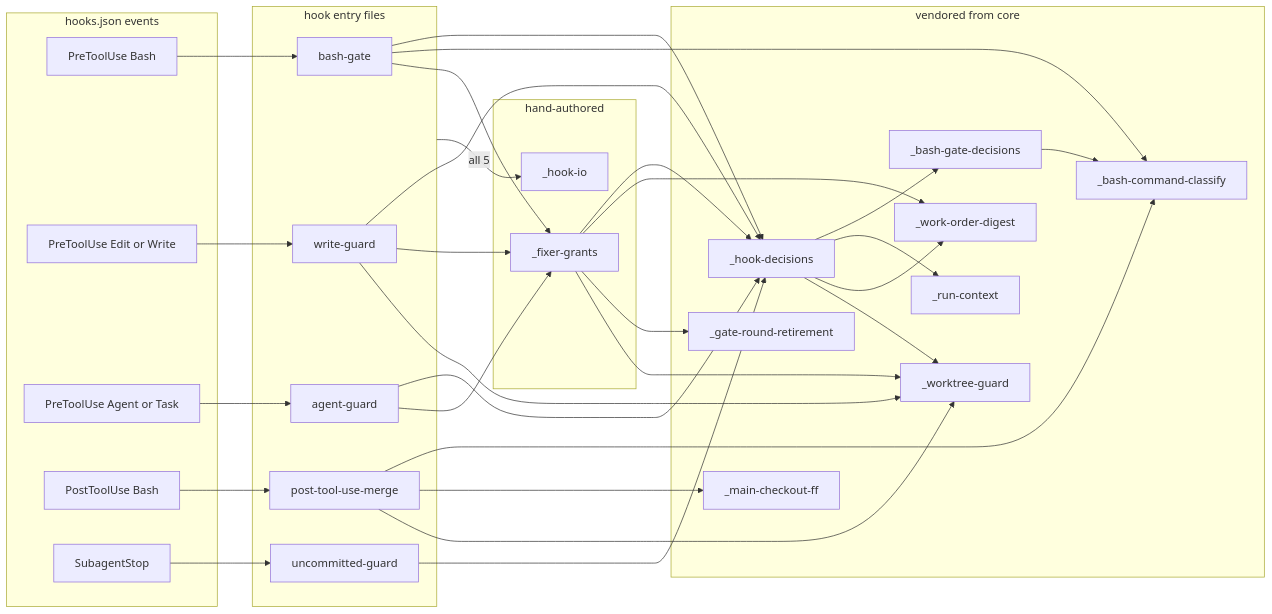
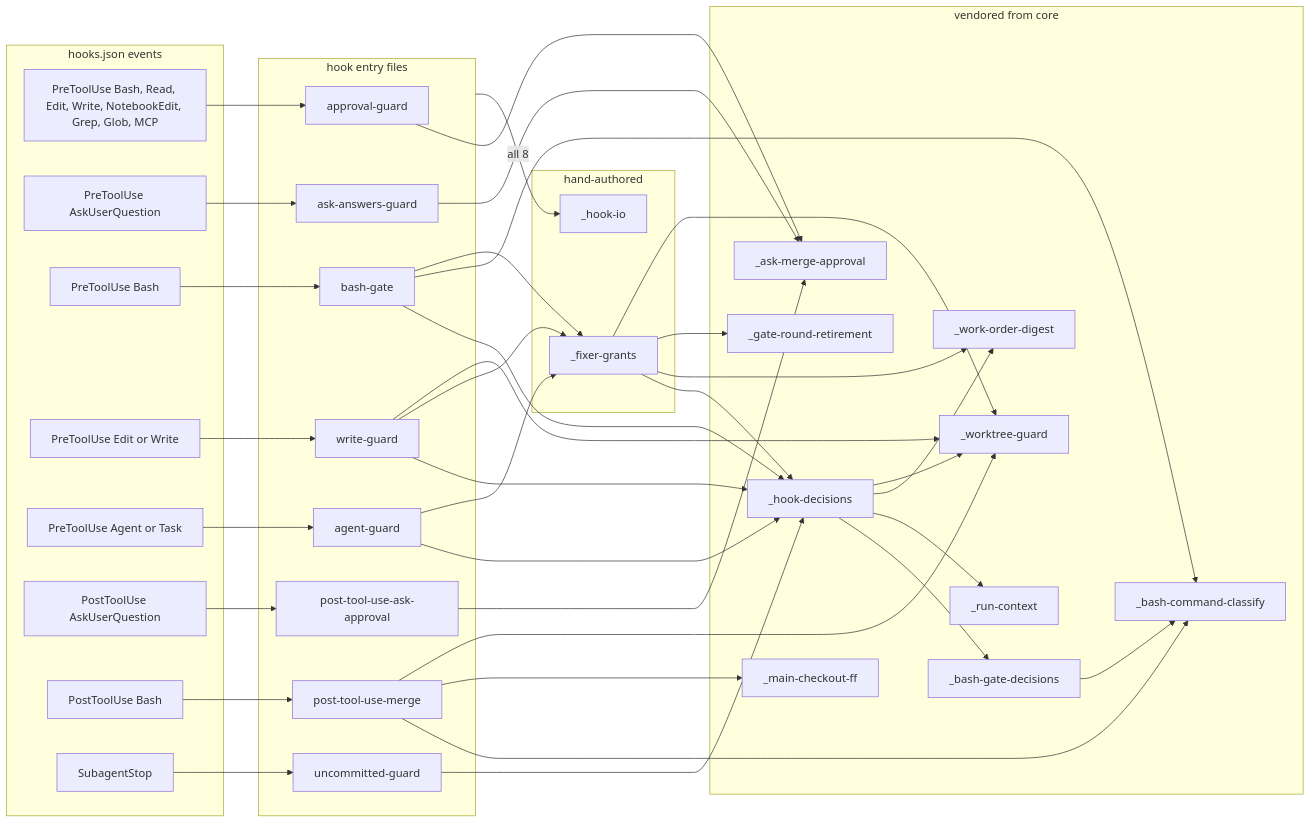
Diagram 14 of 14 in docs/atlas/01-system-context.md (mfittko/dev-loops), drawn with Mermaid before and after one commit. The commit also changed other lines of this file and 15 other files, not shown here.

````diff
--- a/docs/atlas/01-system-context.md
+++ b/docs/atlas/01-system-context.md
@@ -434,58 +440,71 @@
 ```mermaid
 flowchart LR
   subgraph events["hooks.json events"]
+    eTools["PreToolUse Bash, Read, Edit, Write, NotebookEdit, Grep, Glob, MCP"]
+    eAsk["PreToolUse AskUserQuestion"]
     eBash["PreToolUse Bash"]
     eWrite["PreToolUse Edit or Write"]
     eAgent["PreToolUse Agent or Task"]
+    ePostAsk["PostToolUse AskUserQuestion"]
     ePost["PostToolUse Bash"]
     eStop["SubagentStop"]
   end
   subgraph entries["hook entry files"]
+    approvalGuard["approval-guard"]
+    askAnswers["ask-answers-guard"]
     bashGate["bash-gate"]
     writeGuard["write-guard"]
     agentGuard["agent-guard"]
+    askApproval["post-tool-use-ask-approval"]
     merge["post-tool-use-merge"]
     stopGuard["uncommitted-guard"]
   end
   subgraph hand["hand-authored"]
     io["_hook-io"]
     grants["_fixer-grants"]
   end
   subgraph vendored["vendored from core"]
     decisions["_hook-decisions"]
     classify["_bash-command-classify"]
     gateDec["_bash-gate-decisions"]
     runCtx["_run-context"]
     wtGuard["_worktree-guard"]
     ff["_main-checkout-ff"]
     digest["_work-order-digest"]
     retire["_gate-round-retirement"]
+    askMerge["_ask-merge-approval"]
   end
+  eTools --> approvalGuard
+  eAsk --> askAnswers
   eBash --> bashGate
   eWrite --> writeGuard
   eAgent --> agentGuard
+  ePostAsk --> askApproval
   ePost --> merge
   eStop --> stopGuard
-  entries -->|"all 5"| io
+  entries -->|"all 8"| io
+  approvalGuard --> askMerge
+  askAnswers --> askMerge
+  askApproval --> askMerge
   bashGate --> decisions
   bashGate --> classify
   bashGate --> grants
   writeGuard --> decisions
   writeGuard --> grants
   writeGuard --> wtGuard
   agentGuard --> decisions
   agentGuard --> grants
   merge --> classify
   merge --> ff
   merge --> wtGuard
   stopGuard --> decisions
   decisions --> gateDec
   decisions --> runCtx
   decisions --> digest
   decisions --> wtGuard
   gateDec --> classify
   grants --> decisions
   grants --> digest
   grants --> retire
   grants --> wtGuard
 ```
````
